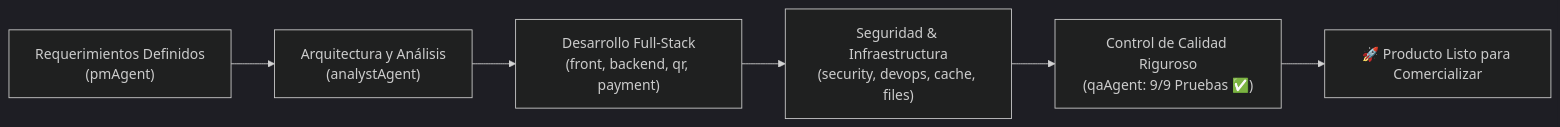
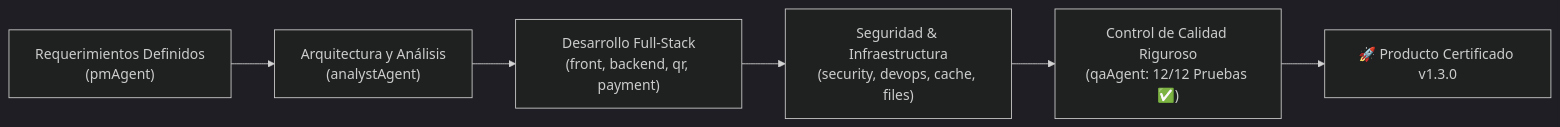
One commit to paolapaz202504/QRgenerator changed the diagram in PROJECT_STATUS_QRGENERATOR.md. Above: the diagram before and after it, drawn with Mermaid (dark theme). The commit also changed other lines of this file and 17 other files, not shown here.

````diff
--- a/PROJECT_STATUS_QRGENERATOR.md
+++ b/PROJECT_STATUS_QRGENERATOR.md
@@ -12,8 +12,8 @@
 ```mermaid
 flowchart LR
     A["Requerimientos Definidos\n(pmAgent)"] --> B["Arquitectura y Análisis\n(analystAgent)"]
     B --> C["Desarrollo Full-Stack\n(front, backend, qr, payment)"]
     C --> D["Seguridad & Infraestructura\n(security, devops, cache, files)"]
-    D --> E["Control de Calidad Riguroso\n(qaAgent: 9/9 Pruebas ✅)"]
-    E --> F["🚀 Producto Listo para Comercializar"]
+    D --> E["Control de Calidad Riguroso\n(qaAgent: 12/12 Pruebas ✅)"]
+    E --> F["🚀 Producto Certificado v1.3.0"]
 ```
````
